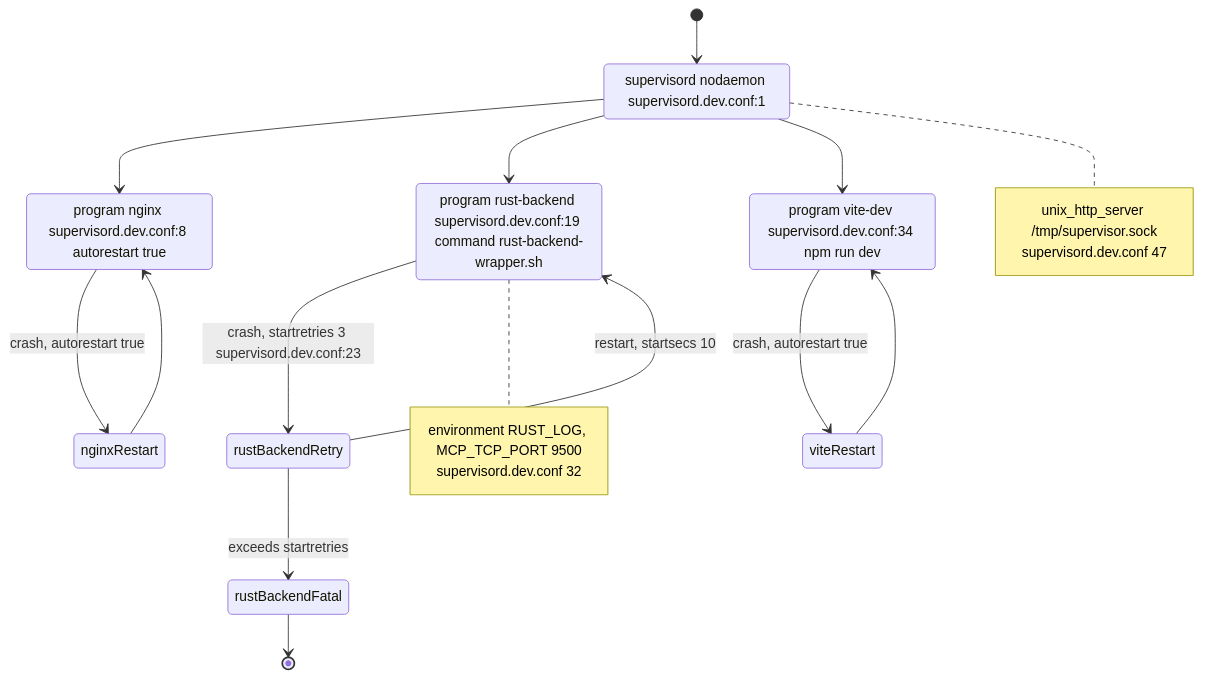
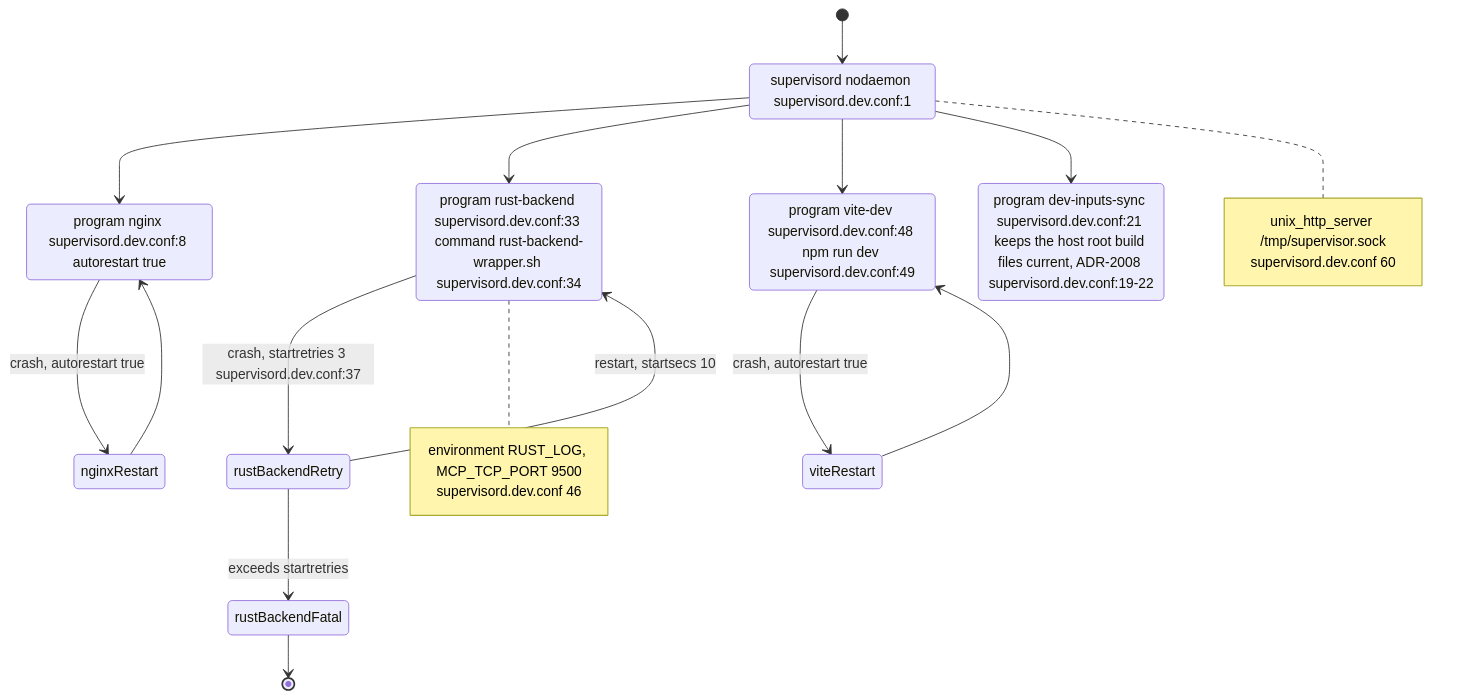
One commit to DreamLab-AI/VisionFlow changed the sixth of 24 diagrams in docs/diagrams/estate/09-build-deploy-and-ci-estate.md. Above: the diagram before and after it, drawn with Mermaid. The commit also changed other lines of this file and 160 other files, not shown here.

````diff
--- a/docs/diagrams/estate/09-build-deploy-and-ci-estate.md
+++ b/docs/diagrams/estate/09-build-deploy-and-ci-estate.md
@@ -229,32 +231,34 @@
 ```mermaid
 stateDiagram-v2
     [*] --> supervisordRoot
     supervisordRoot: supervisord nodaemon supervisord.dev.conf:1
     supervisordRoot --> nginx
     supervisordRoot --> rustBackend
     supervisordRoot --> viteDev
+    supervisordRoot --> devInputsSync
 
     nginx: program nginx supervisord.dev.conf:8 autorestart true
-    rustBackend: program rust-backend supervisord.dev.conf:19 command rust-backend-wrapper.sh
-    viteDev: program vite-dev supervisord.dev.conf:34 npm run dev
+    devInputsSync: program dev-inputs-sync supervisord.dev.conf:21 keeps the host root build files current, ADR-2008 supervisord.dev.conf:19-22
+    rustBackend: program rust-backend supervisord.dev.conf:33 command rust-backend-wrapper.sh supervisord.dev.conf:34
+    viteDev: program vite-dev supervisord.dev.conf:48 npm run dev supervisord.dev.conf:49
 
-    rustBackend --> rustBackendRetry: crash, startretries 3 supervisord.dev.conf:23
+    rustBackend --> rustBackendRetry: crash, startretries 3 supervisord.dev.conf:37
     rustBackendRetry --> rustBackend: restart, startsecs 10
     rustBackendRetry --> rustBackendFatal: exceeds startretries
     rustBackendFatal --> [*]
 
     nginx --> nginxRestart: crash, autorestart true
     nginxRestart --> nginx
 
     viteDev --> viteRestart: crash, autorestart true
     viteRestart --> viteDev
 
     note right of rustBackend
         environment RUST_LOG, MCP_TCP_PORT 9500
-        supervisord.dev.conf 32
+        supervisord.dev.conf 46
     end note
     note right of supervisordRoot
         unix_http_server /tmp/supervisor.sock
-        supervisord.dev.conf 47
+        supervisord.dev.conf 60
     end note
 ```
````
